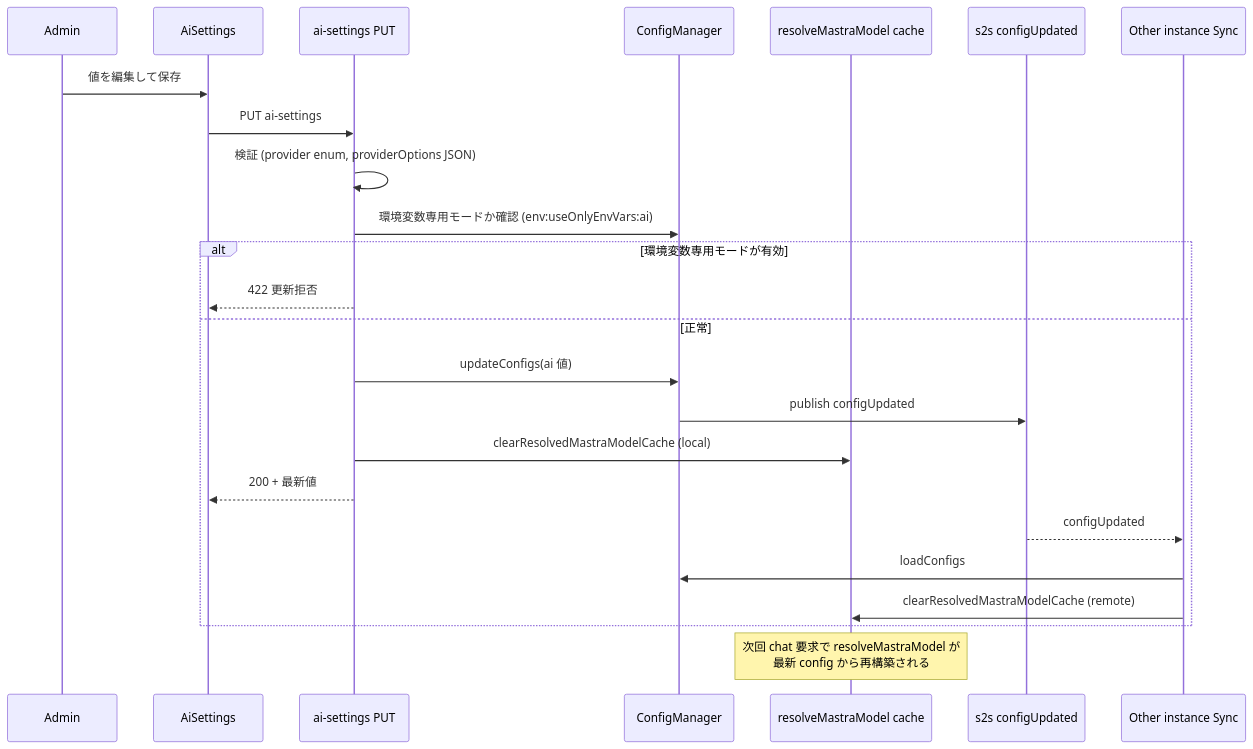
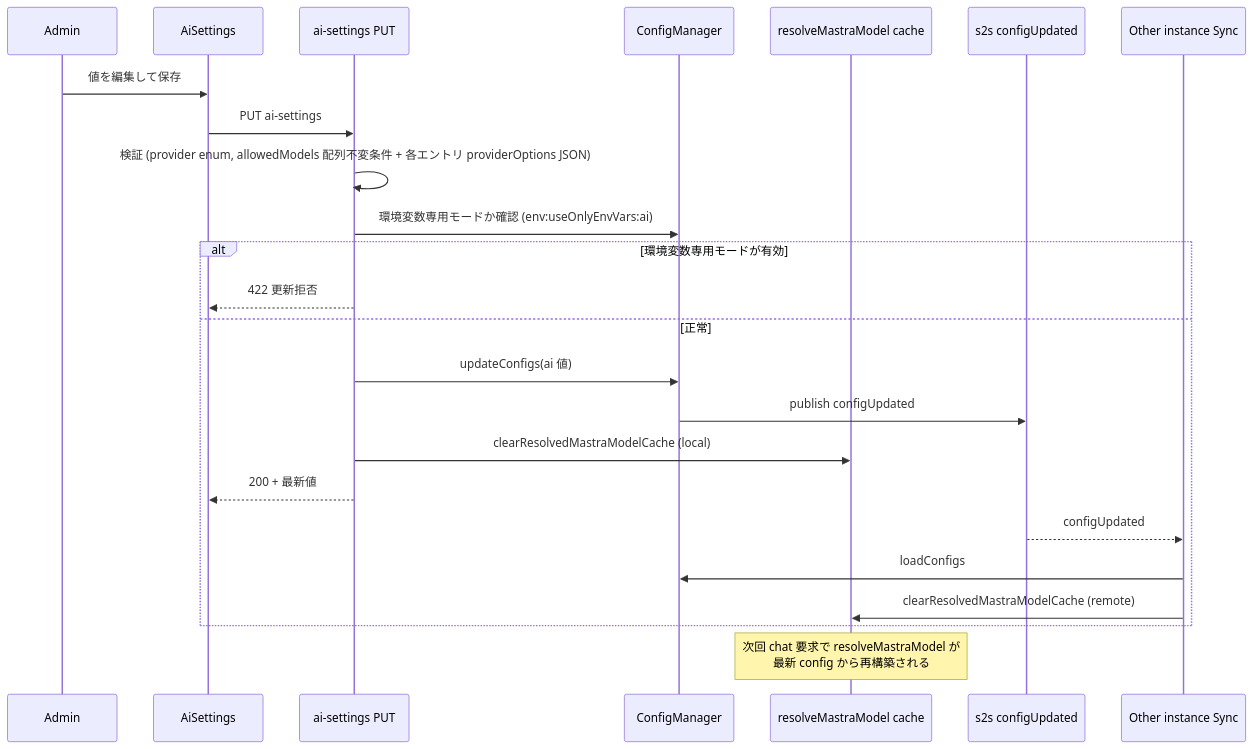
Before and after one commit to growilabs/growi: the second of 3 diagrams in .kiro/specs/admin-ai-settings/design.md, drawn with Mermaid. The commit also changed other lines of this file and 8 other files, not shown here.

````diff
--- a/.kiro/specs/admin-ai-settings/design.md
+++ b/.kiro/specs/admin-ai-settings/design.md
@@ -189,27 +190,27 @@
 ```mermaid
 sequenceDiagram
     participant Admin
     participant UI as AiSettings
     participant API as ai-settings PUT
     participant CM as ConfigManager
     participant Cache as resolveMastraModel cache
     participant S2S as s2s configUpdated
     participant Other as Other instance Sync
 
     Admin->>UI: 値を編集して保存
     UI->>API: PUT ai-settings
-    API->>API: 検証 (provider enum, providerOptions JSON)
+    API->>API: 検証 (provider enum, allowedModels 配列不変条件 + 各エントリ providerOptions JSON)
     API->>CM: 環境変数専用モードか確認 (env:useOnlyEnvVars:ai)
     alt 環境変数専用モードが有効
         API-->>UI: 422 更新拒否
     else 正常
         API->>CM: updateConfigs(ai 値)
         CM->>S2S: publish configUpdated
         API->>Cache: clearResolvedMastraModelCache (local)
         API-->>UI: 200 + 最新値
         S2S-->>Other: configUpdated
         Other->>CM: loadConfigs
         Other->>Cache: clearResolvedMastraModelCache (remote)
     end
     Note over Cache: 次回 chat 要求で resolveMastraModel が<br/>最新 config から再構築される
 ```
````
